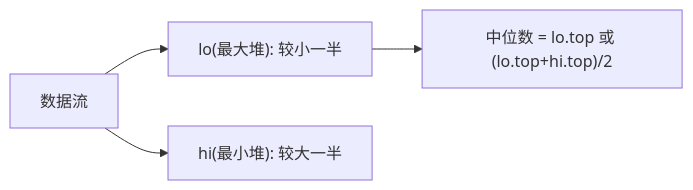
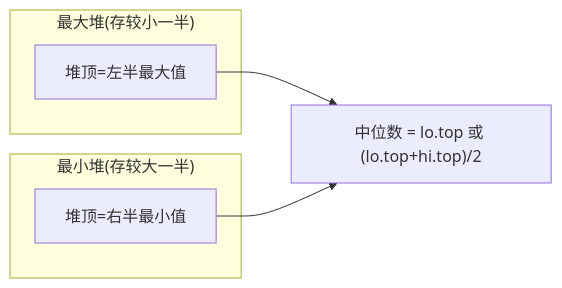
The first of 2 diagrams in docs/09.算法/12.堆算法题/087.数据流的中位数.md (chongyang211/YCBookBlog), drawn with Mermaid before and after one commit. The commit also changed other lines of this file and 6 other files, not shown here.

````diff
--- a/docs/09.算法/12.堆算法题/087.数据流的中位数.md
+++ b/docs/09.算法/12.堆算法题/087.数据流的中位数.md
@@ -19,6 +42,11 @@
 ```mermaid
 flowchart LR
-    A["数据流"] --> B["lo(最大堆): 较小一半"]
-    A --> C["hi(最小堆): 较大一半"]
-    B --> D["中位数 = lo.top 或 (lo.top+hi.top)/2"]
+    subgraph lo["最大堆(存较小一半)"]
+        L1["堆顶=左半最大值"]
+    end
+    subgraph hi["最小堆(存较大一半)"]
+        H1["堆顶=右半最小值"]
+    end
+    L1 --> M["中位数 = lo.top 或 (lo.top+hi.top)/2"]
+    H1 --> M
 ```
````
